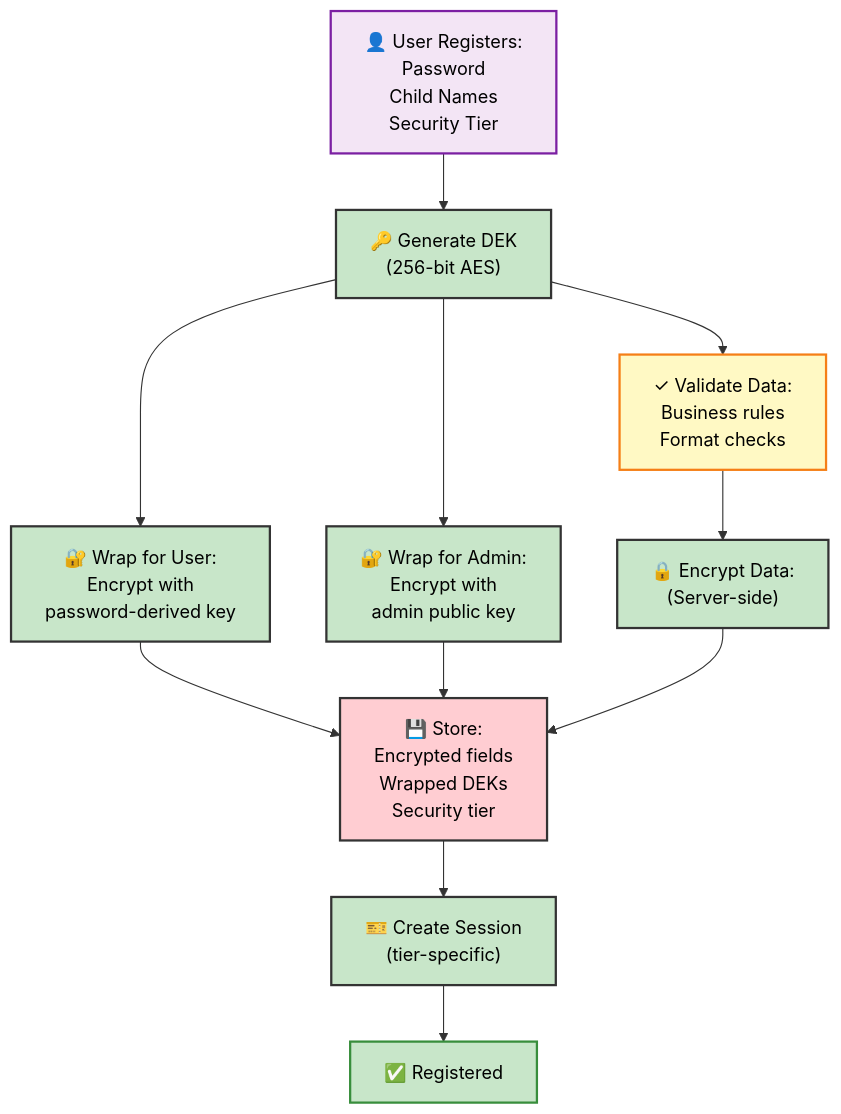
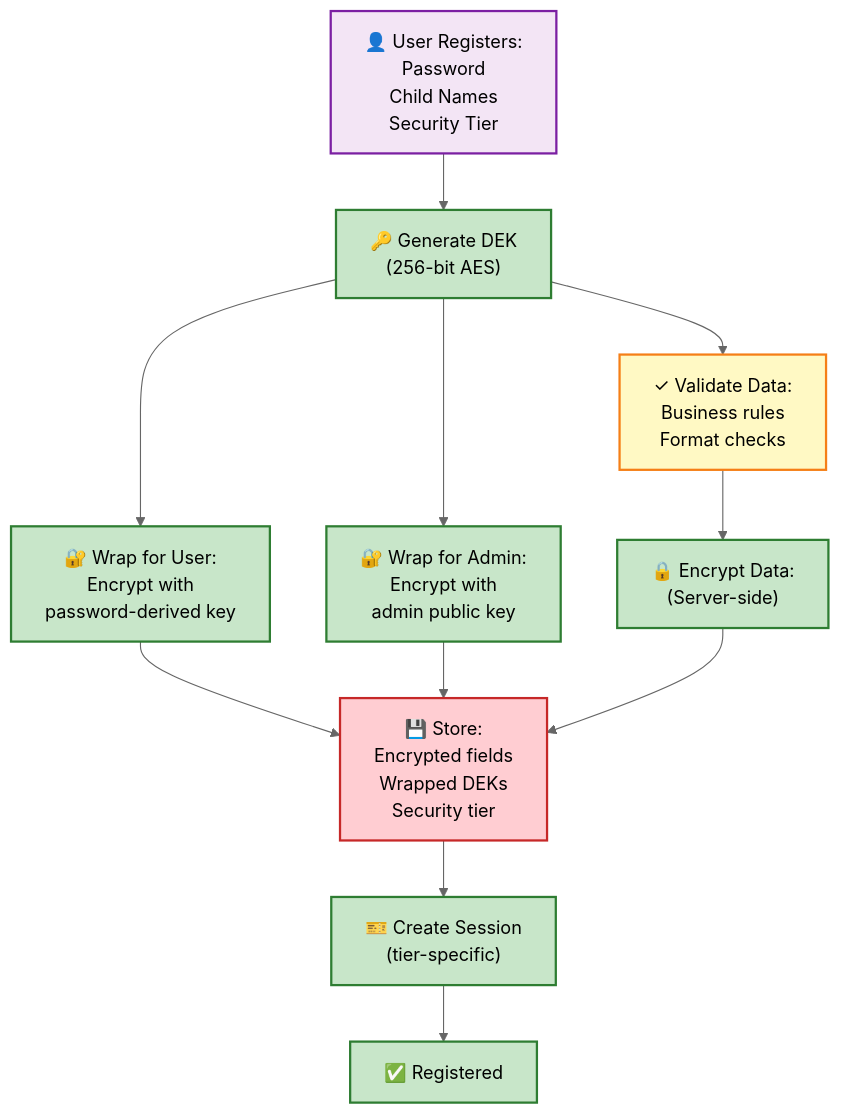
One commit to DomiDre/kigaprio changed the third of 8 diagrams in ARCHITECTURE.md. Above: the diagram before and after it, drawn with Mermaid. The commit also changed other lines of this file, not shown here.

Commit message:
Set neutral theme everywhere

````diff
--- a/ARCHITECTURE.md
+++ b/ARCHITECTURE.md
@@ -260,38 +254,38 @@
 ```mermaid
-%%{init: {'theme':'base', 'themeVariables': { 'primaryColor':'#fff','primaryTextColor':'#000','primaryBorderColor':'#333','lineColor':'#333','secondaryColor':'#f5f5f5','tertiaryColor':'#fff','background':'#ffffff','mainBkg':'#ffffff','clusterBkg':'#f9f9f9','clusterBorder':'#666'}}}%%
+%%{init: {'theme':'neutral'}}%%
 flowchart TD
     Start["👤 User Registers:<br/>Password<br/>Child Names<br/>Security Tier"] 
     GenDEK["🔑 Generate DEK<br/>(256-bit AES)"]
     WrapUser["🔐 Wrap for User:<br/>Encrypt with<br/>password-derived key"]
     WrapAdmin["🔐 Wrap for Admin:<br/>Encrypt with<br/>admin public key"]
     Validate["✓ Validate Data:<br/>Business rules<br/>Format checks"]
     Encrypt["🔒 Encrypt Data:<br/>(Server-side)"]
     Store["💾 Store:<br/>Encrypted fields<br/>Wrapped DEKs<br/>Security tier"]
     Session["🎫 Create Session<br/>(tier-specific)"]
     
     Start --> GenDEK
     GenDEK --> WrapUser
     GenDEK --> WrapAdmin
     GenDEK --> Validate
     Validate --> Encrypt
     WrapUser --> Store
     WrapAdmin --> Store
     Encrypt --> Store
     Store --> Session
     Session --> Done["✅ Registered"]
     
-    classDef action fill:#f3e5f5,stroke:#7b1fa2,stroke-width:2px,color:#000
-    classDef backend fill:#c8e6c9,stroke:#333,stroke-width:2px,color:#000
-    classDef database fill:#ffcdd2,stroke:#333,stroke-width:2px,color:#000
-    classDef validate fill:#fff9c4,stroke:#f57f17,stroke-width:2px,color:#000
+    classDef action fill:#f3e5f5,stroke:#7b1fa2,stroke-width:2px
+    classDef backend fill:#c8e6c9,stroke:#2e7d32,stroke-width:2px
+    classDef database fill:#ffcdd2,stroke:#c62828,stroke-width:2px
+    classDef validate fill:#fff9c4,stroke:#f57f17,stroke-width:2px
 
     class Start action
     class GenDEK backend
     class WrapUser backend
     class WrapAdmin backend
     class Validate validate
     class Encrypt backend
     class Store database
     class Session backend
-    style Done fill:#c8e6c9,stroke:#388e3c,stroke-width:2px,color:#000
+    class Done backend
 ```
````
